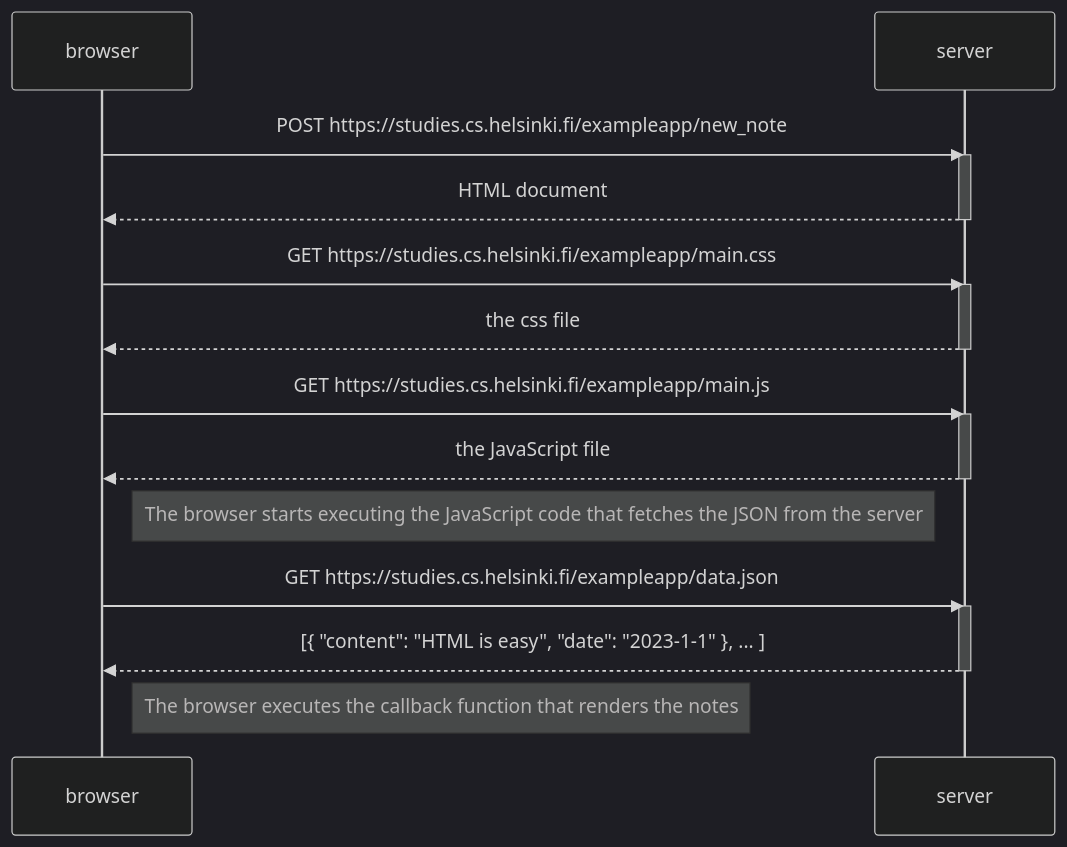
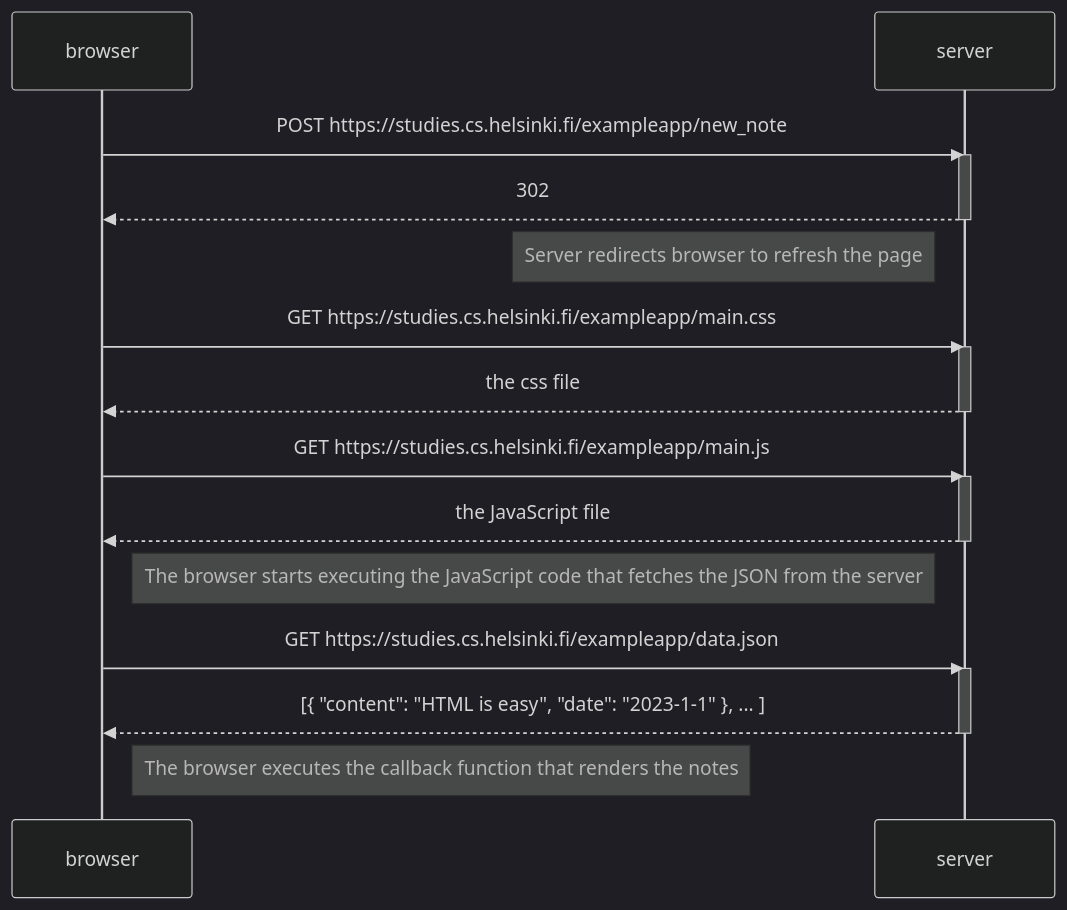
One commit to PineND/Full-Stack-Open changed the diagram in Part0/Part0.mermaid. Above: the diagram before and after it, drawn with Mermaid (dark theme).

```diff
--- a/Part0/Part0.mermaid
+++ b/Part0/Part0.mermaid
@@ -1,27 +1,29 @@
 sequenceDiagram
     participant browser
     participant server
 
     browser->>server: POST https://studies.cs.helsinki.fi/exampleapp/new_note
     activate server
-    server-->>browser: HTML document
+    server-->>browser: 302
     deactivate server
+    Note left of server: Server redirects browser to refresh the page
+
 
     browser->>server: GET https://studies.cs.helsinki.fi/exampleapp/main.css
     activate server
     server-->>browser: the css file
     deactivate server
 
     browser->>server: GET https://studies.cs.helsinki.fi/exampleapp/main.js
     activate server
     server-->>browser: the JavaScript file
     deactivate server
 
     Note right of browser: The browser starts executing the JavaScript code that fetches the JSON from the server
 
     browser->>server: GET https://studies.cs.helsinki.fi/exampleapp/data.json
     activate server
     server-->>browser: [{ "content": "HTML is easy", "date": "2023-1-1" }, ... ]
     deactivate server
 
     Note right of browser: The browser executes the callback function that renders the notes
```
